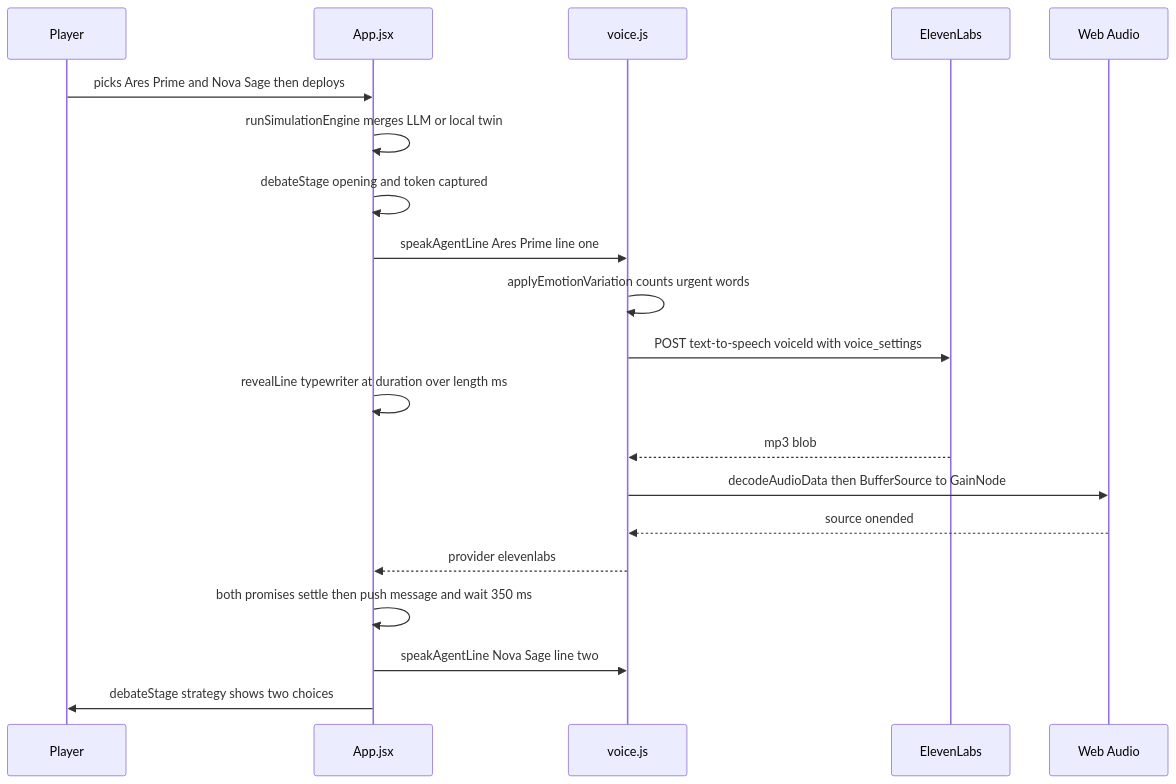
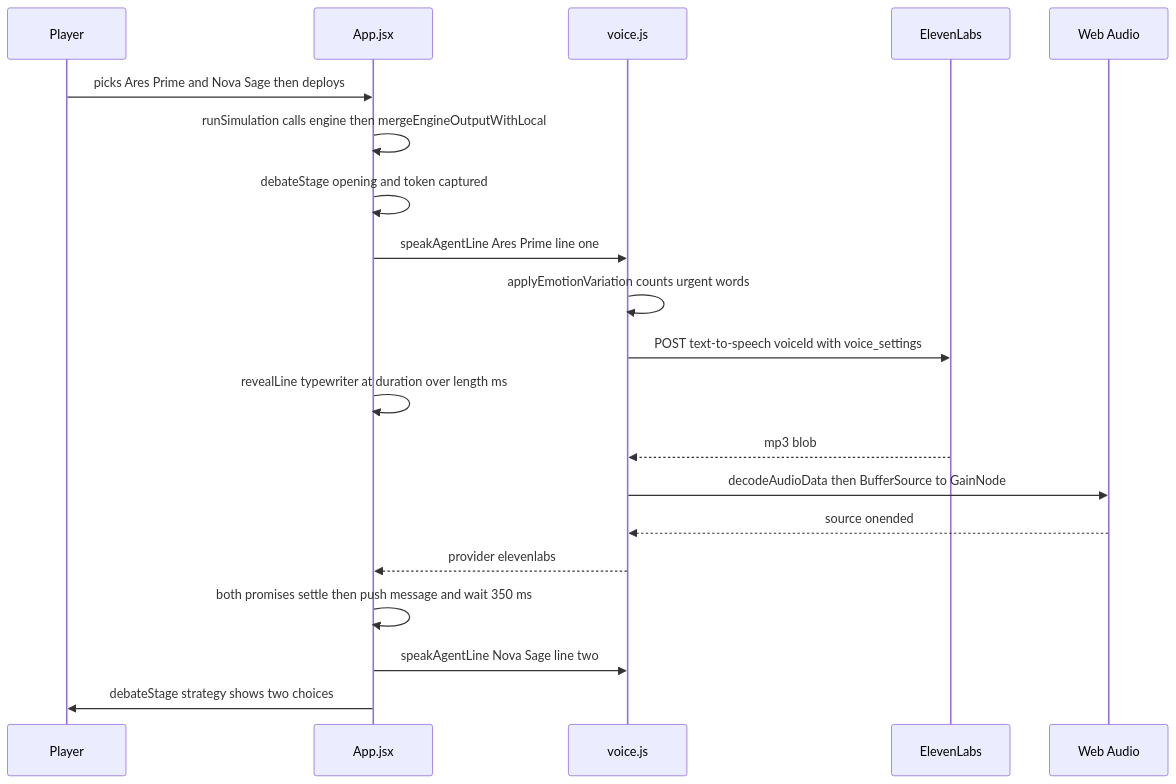
The diagram in content/diagrams/voices-of-the-last-world-flow.mmd (anirxdh/portfolio), drawn with Mermaid before and after one commit. The commit also changed 77 other files, not shown here.

```diff
--- a/content/diagrams/voices-of-the-last-world-flow.mmd
+++ b/content/diagrams/voices-of-the-last-world-flow.mmd
@@ -1,20 +1,20 @@
 sequenceDiagram
   participant P as Player
   participant A as App.jsx
   participant V as voice.js
   participant E as ElevenLabs
   participant W as Web Audio
   P->>A: picks Ares Prime and Nova Sage then deploys
-  A->>A: runSimulationEngine merges LLM or local twin
+  A->>A: runSimulation calls engine then mergeEngineOutputWithLocal
   A->>A: debateStage opening and token captured
   A->>V: speakAgentLine Ares Prime line one
   V->>V: applyEmotionVariation counts urgent words
   V->>E: POST text-to-speech voiceId with voice_settings
   A->>A: revealLine typewriter at duration over length ms
   E-->>V: mp3 blob
   V->>W: decodeAudioData then BufferSource to GainNode
   W-->>V: source onended
   V-->>A: provider elevenlabs
   A->>A: both promises settle then push message and wait 350 ms
   A->>V: speakAgentLine Nova Sage line two
   A->>P: debateStage strategy shows two choices
```
